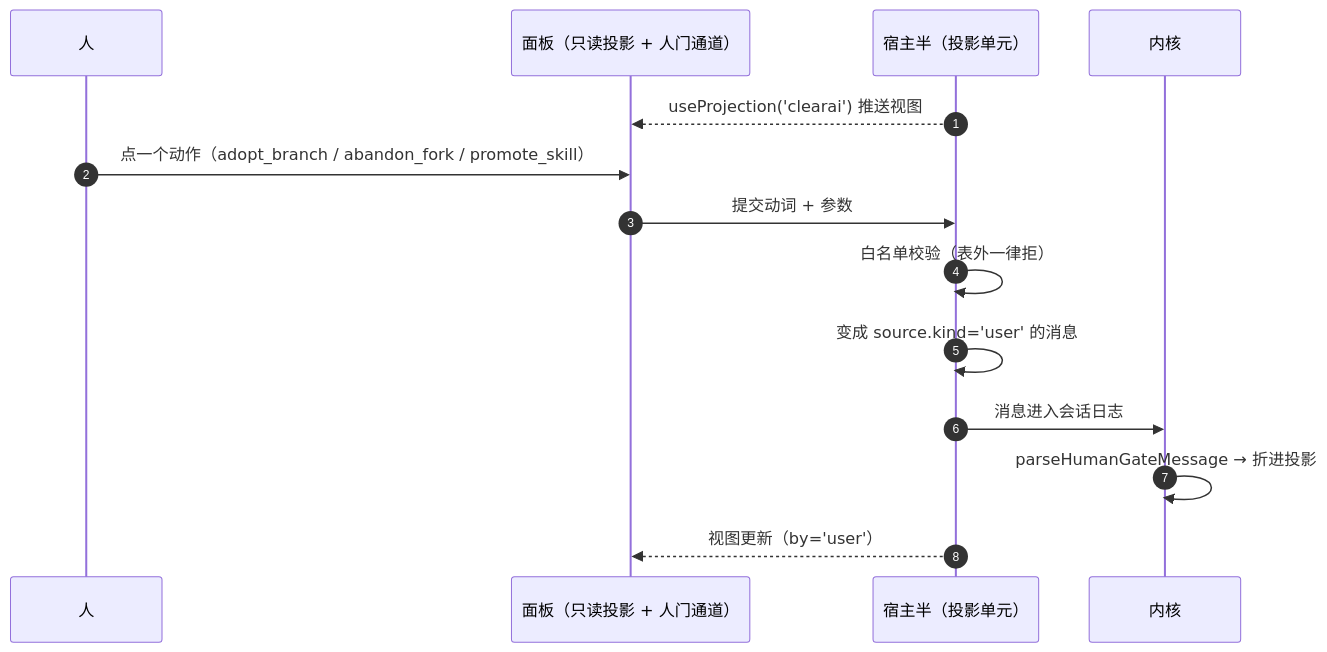
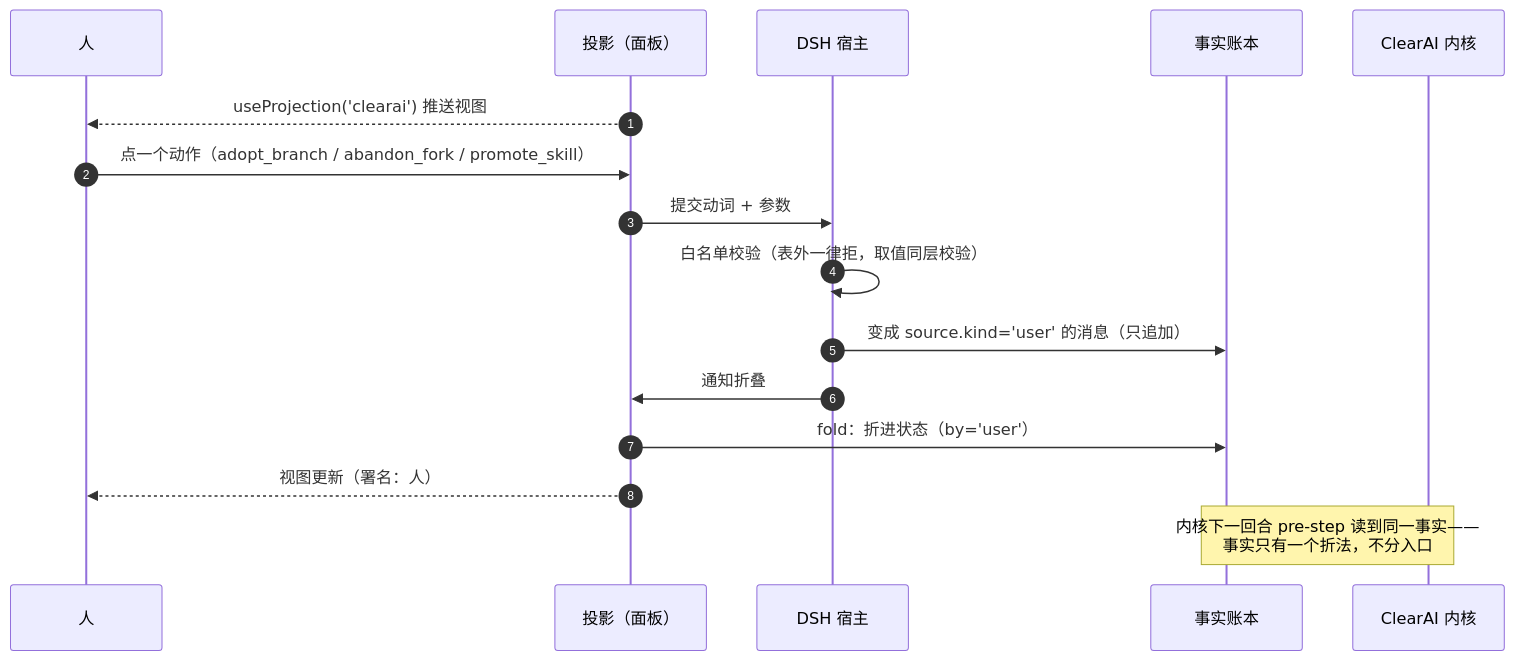
One commit to Clearailhc/clearai-dsh changed the sixth of 6 diagrams in docs/optimization/timing-diagrams.zh-CN.md. Above: the diagram before and after it, drawn with Mermaid. The commit also changed other lines of this file and 5 other files, not shown here.

First line of the commit message:
docs(optimization): 时序图重写——固定角色表，Agent 拆成模型与宿主

````diff
--- a/docs/optimization/timing-diagrams.zh-CN.md
+++ b/docs/optimization/timing-diagrams.zh-CN.md
@@ -166,17 +223,19 @@
 ```mermaid
 sequenceDiagram
     autonumber
     participant H as 人
-    participant UI as 面板（只读投影 + 人门通道）
-    participant Host as 宿主半（投影单元）
-    participant K as 内核
+    participant P as 投影（面板）
+    participant D as DSH 宿主
+    participant L as 事实账本
+    participant K as ClearAI 内核
 
-    Host-->>UI: useProjection('clearai') 推送视图
-    H->>UI: 点一个动作（adopt_branch / abandon_fork / promote_skill）
-    UI->>Host: 提交动词 + 参数
-    Host->>Host: 白名单校验（表外一律拒）
-    Host->>Host: 变成 source.kind='user' 的消息
-    Host->>K: 消息进入会话日志
-    K->>K: parseHumanGateMessage → 折进投影
-    Host-->>UI: 视图更新（by='user'）
+    P-->>H: useProjection('clearai') 推送视图
+    H->>P: 点一个动作（adopt_branch / abandon_fork / promote_skill）
+    P->>D: 提交动词 + 参数
+    D->>D: 白名单校验（表外一律拒，取值同层校验）
+    D->>L: 变成 source.kind='user' 的消息（只追加）
+    D->>P: 通知折叠
+    P->>L: fold：折进状态（by='user'）
+    P-->>H: 视图更新（署名：人）
+    Note over K,L: 内核下一回合 pre-step 读到同一事实——<br/>事实只有一个折法，不分入口
 ```
````
